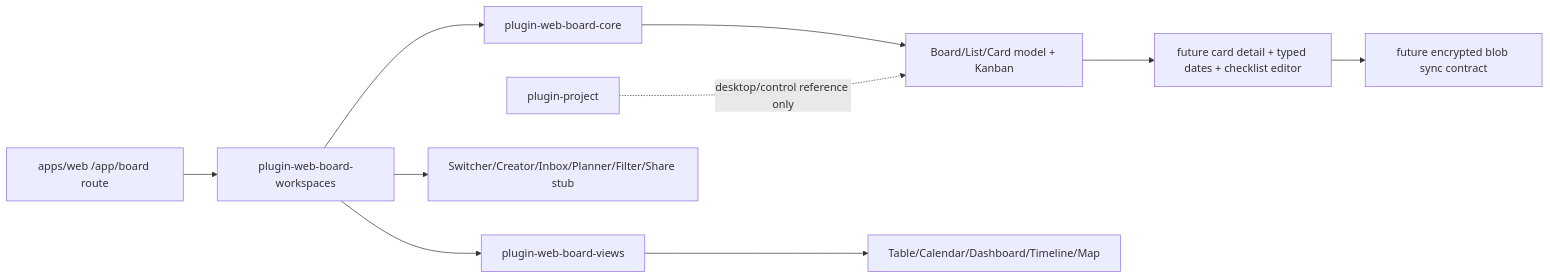
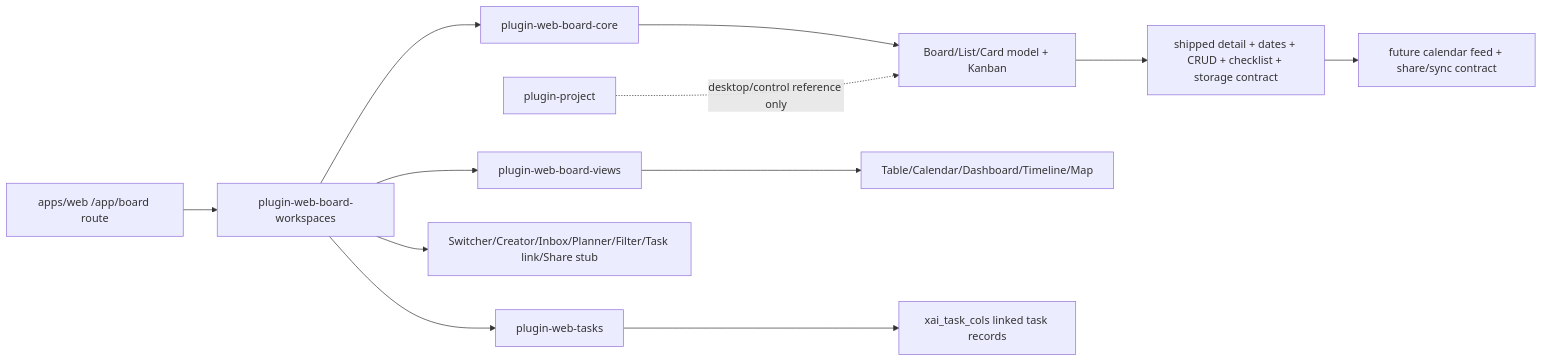
Before and after one commit to jinlong17/XAI_Desktop: the diagram in docs/SYSTEM_ARCHITECTURE.md, drawn with Mermaid. The commit also changed other lines of this file and 4 other files, not shown here.

Commit message:
docs(web-board-task-link): mark shipped

````diff
--- a/docs/SYSTEM_ARCHITECTURE.md
+++ b/docs/SYSTEM_ARCHITECTURE.md
@@ -186,12 +186,14 @@
 ```mermaid
 flowchart LR
   A["apps/web /app/board route"] --> B["plugin-web-board-workspaces"]
   B --> C["plugin-web-board-core"]
   B --> D["plugin-web-board-views"]
+  B --> K["plugin-web-tasks"]
   C --> E["Board/List/Card model + Kanban"]
   D --> F["Table/Calendar/Dashboard/Timeline/Map"]
-  B --> G["Switcher/Creator/Inbox/Planner/Filter/Share stub"]
+  B --> G["Switcher/Creator/Inbox/Planner/Filter/Task link/Share stub"]
+  K --> L["xai_task_cols linked task records"]
   H["plugin-project"] -. "desktop/control reference only" .-> E
-  E --> I["future card detail + typed dates + checklist editor"]
-  I --> J["future encrypted blob sync contract"]
+  E --> I["shipped detail + dates + CRUD + checklist + storage contract"]
+  I --> J["future calendar feed + share/sync contract"]
 ```
````
